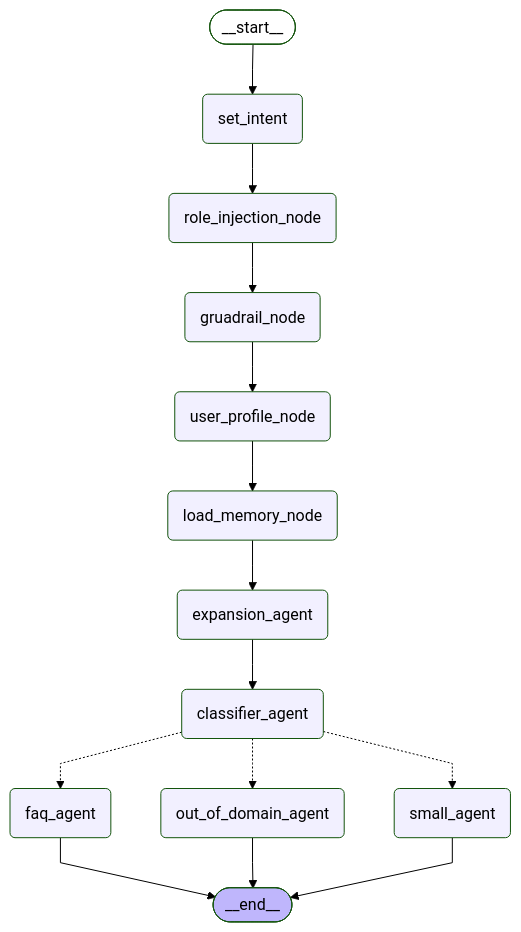
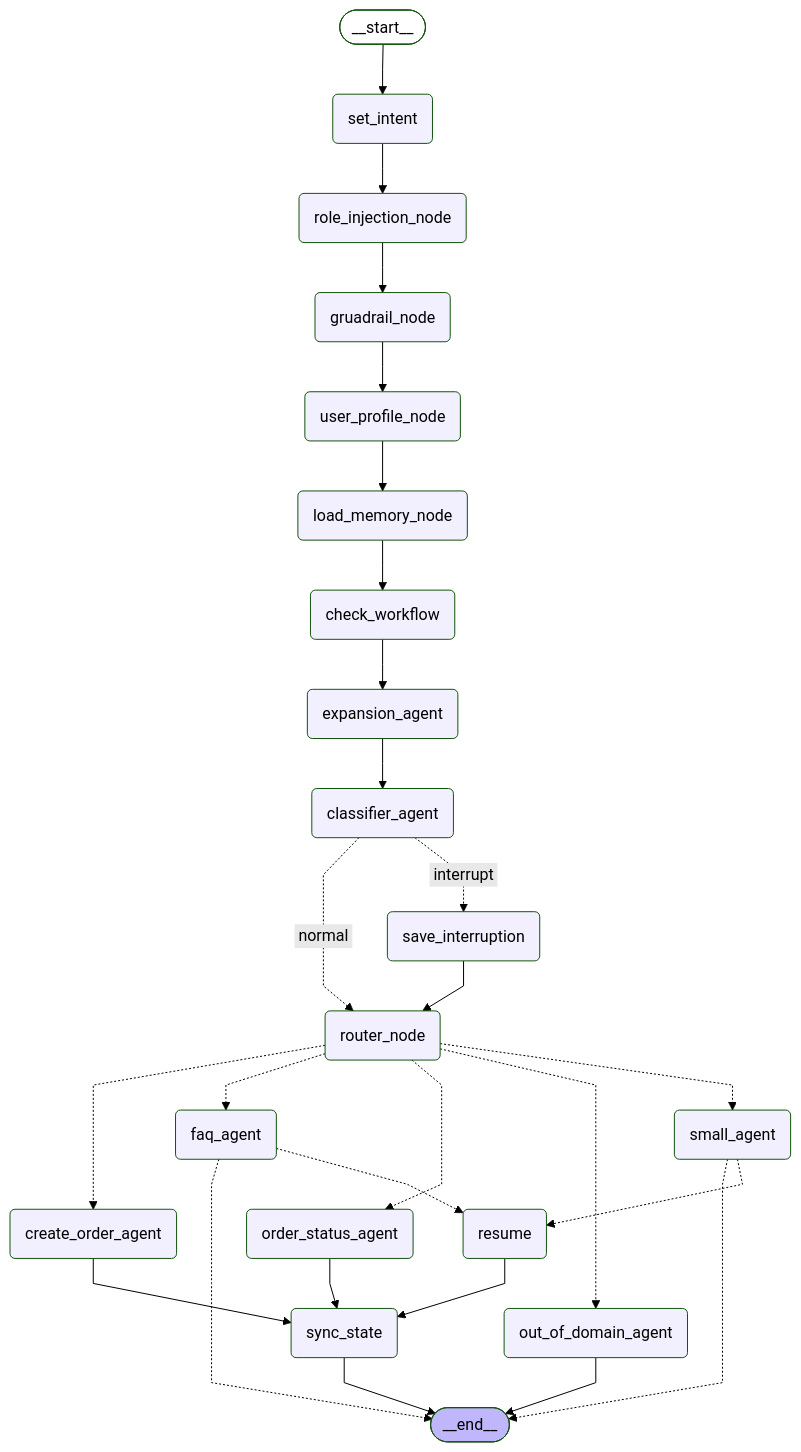
The diagram in graph/main_flow.md (vimalraj2it/agentic-chatbot), drawn with Mermaid (forest theme) before and after one commit. The commit also changed 17 other files, not shown here.

````diff
--- a/graph/main_flow.md
+++ b/graph/main_flow.md
@@ -1,37 +1,56 @@
 ```mermaid
 ---
 config:
   flowchart:
     curve: linear
 ---
 graph TD;
 	__start__([<p>__start__</p>]):::first
 	set_intent(set_intent)
 	role_injection_node(role_injection_node)
 	gruadrail_node(gruadrail_node)
 	user_profile_node(user_profile_node)
 	load_memory_node(load_memory_node)
+	check_workflow(check_workflow)
 	expansion_agent(expansion_agent)
 	classifier_agent(classifier_agent)
+	save_interruption(save_interruption)
+	resume(resume)
+	sync_state(sync_state)
 	small_agent(small_agent)
 	faq_agent(faq_agent)
+	order_status_agent(order_status_agent)
+	create_order_agent(create_order_agent)
 	out_of_domain_agent(out_of_domain_agent)
+	router_node(router_node)
 	__end__([<p>__end__</p>]):::last
 	__start__ --> set_intent;
-	classifier_agent -.-> faq_agent;
-	classifier_agent -.-> out_of_domain_agent;
-	classifier_agent -.-> small_agent;
+	check_workflow --> expansion_agent;
+	classifier_agent -. &nbsp;normal&nbsp; .-> router_node;
+	classifier_agent -. &nbsp;interrupt&nbsp; .-> save_interruption;
+	create_order_agent --> sync_state;
 	expansion_agent --> classifier_agent;
+	faq_agent -.-> __end__;
+	faq_agent -.-> resume;
 	gruadrail_node --> user_profile_node;
-	load_memory_node --> expansion_agent;
+	load_memory_node --> check_workflow;
+	order_status_agent --> sync_state;
+	resume --> sync_state;
 	role_injection_node --> gruadrail_node;
+	router_node -.-> create_order_agent;
+	router_node -.-> faq_agent;
+	router_node -.-> order_status_agent;
+	router_node -.-> out_of_domain_agent;
+	router_node -.-> small_agent;
+	save_interruption --> router_node;
 	set_intent --> role_injection_node;
+	small_agent -.-> __end__;
+	small_agent -.-> resume;
 	user_profile_node --> load_memory_node;
-	faq_agent --> __end__;
 	out_of_domain_agent --> __end__;
-	small_agent --> __end__;
+	sync_state --> __end__;
 	classDef default fill:#f2f0ff,line-height:1.2
 	classDef first fill-opacity:0
 	classDef last fill:#bfb6fc
 
 ```
````
